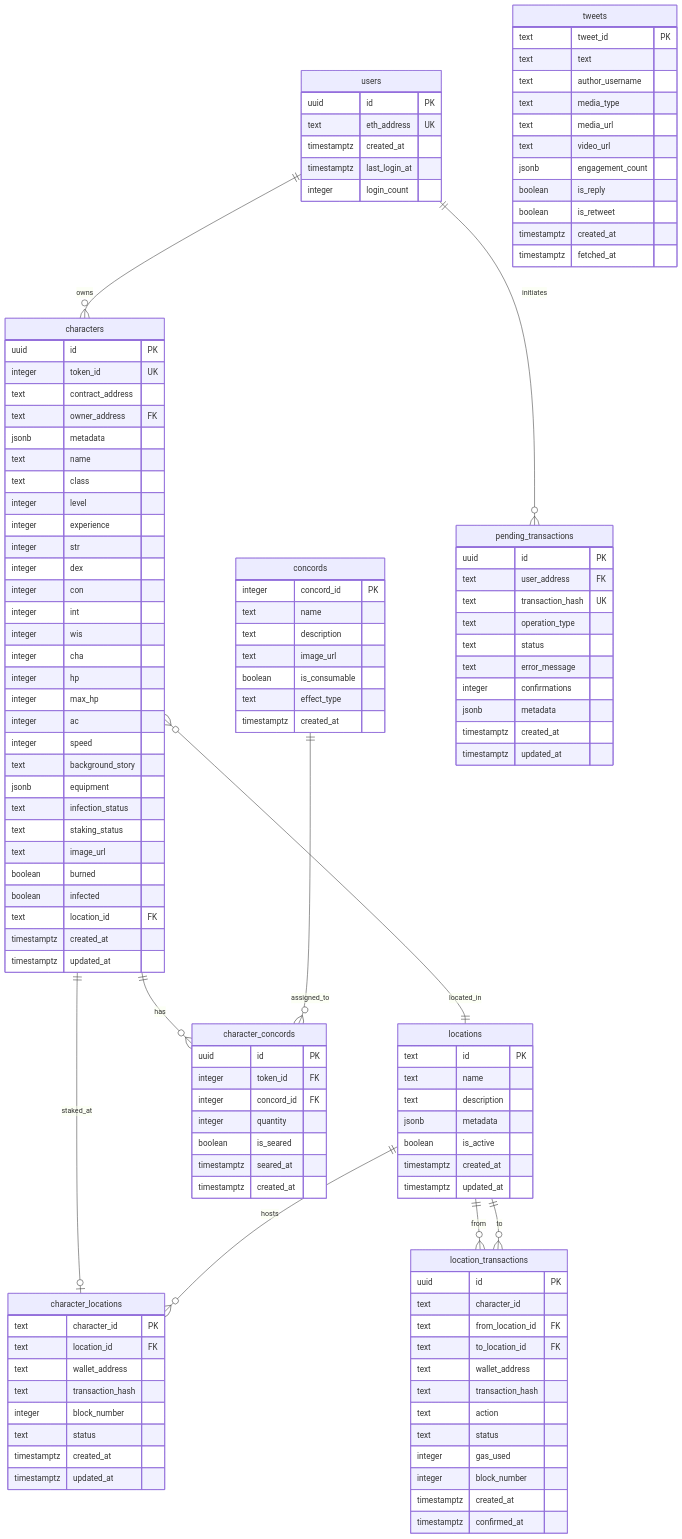
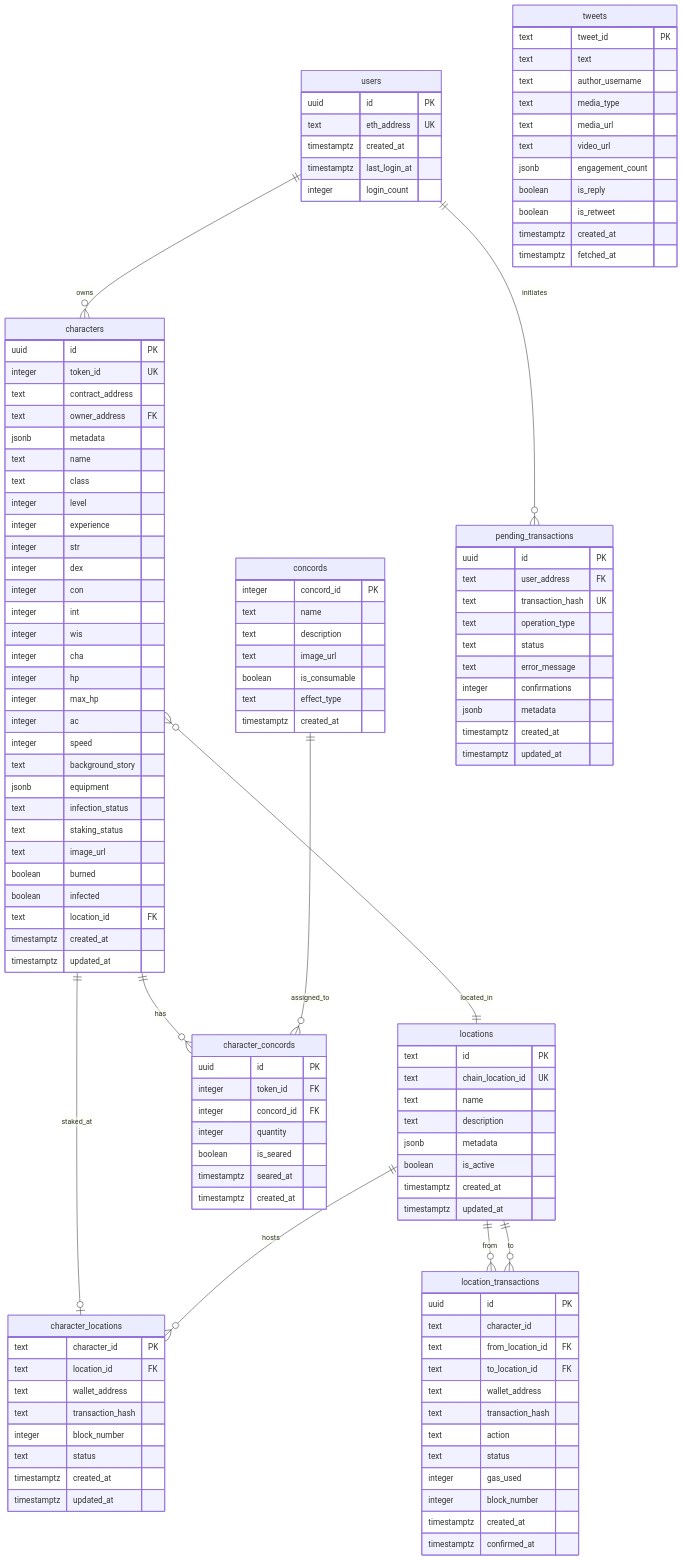
The diagram in docs/database-schema.md (lessthanjake/wagdie-simplified), drawn with Mermaid before and after one commit. The commit also changed other lines of this file and 24 other files, not shown here.

```diff
--- a/docs/database-schema.md
+++ b/docs/database-schema.md
@@ -103,6 +103,7 @@
 
     locations {
         text id PK
+        text chain_location_id UK
         text name
         text description
         jsonb metadata
```
